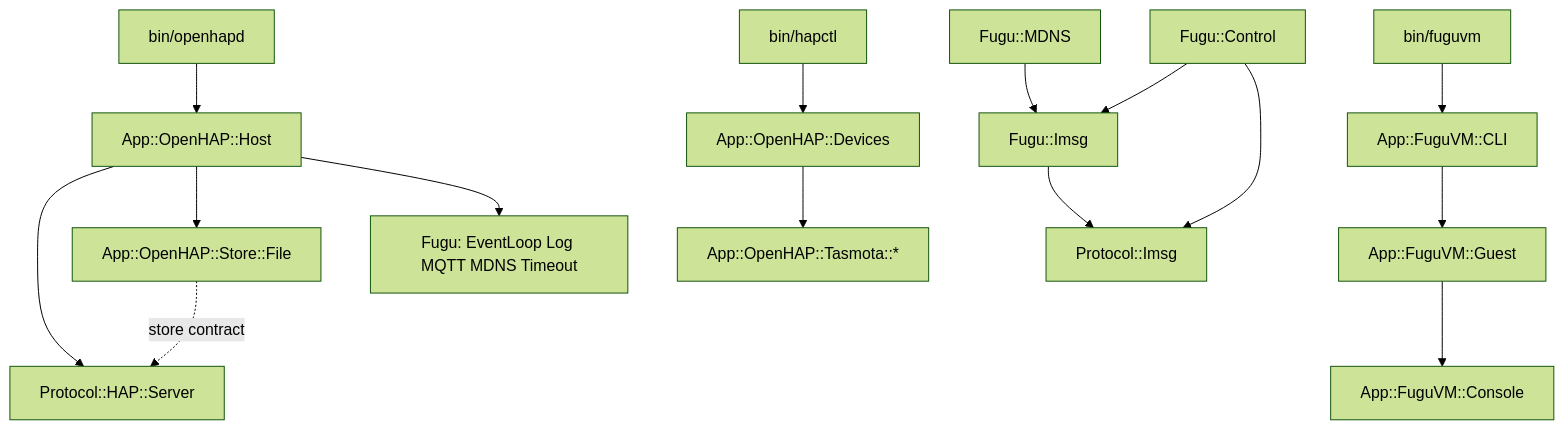
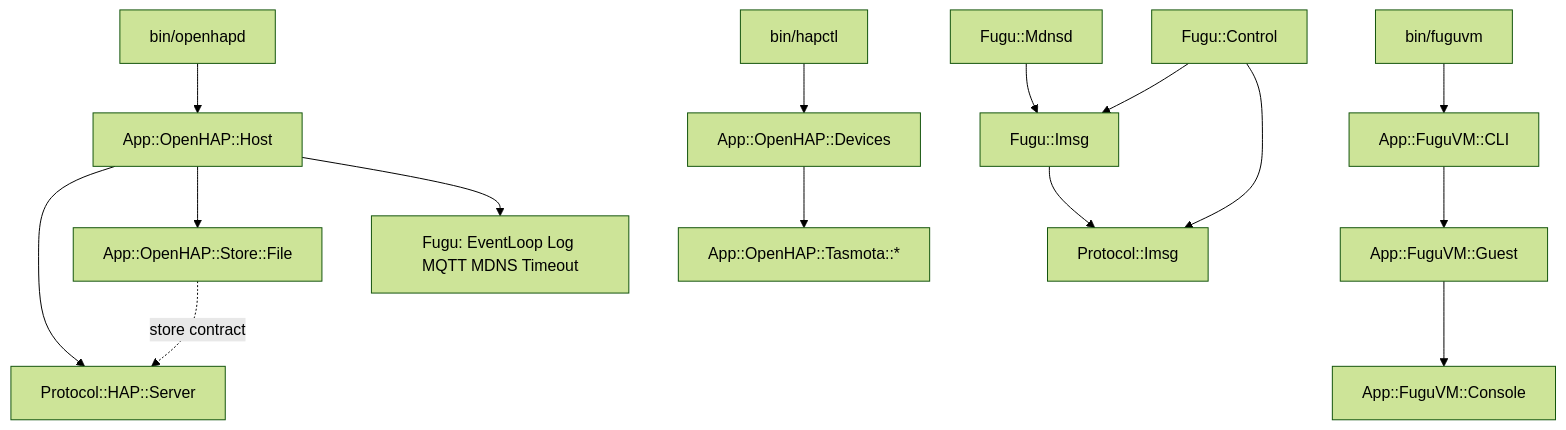
One commit to dickolsson/OpenHAP changed the diagram in plans/008-cpan-namespaces/design.md. Above: the diagram before and after it, drawn with Mermaid (forest theme). The commit also changed other lines of this file and 3 other files, not shown here.

````diff
--- a/plans/008-cpan-namespaces/design.md
+++ b/plans/008-cpan-namespaces/design.md
@@ -185,14 +213,14 @@
 ```mermaid
 graph TD
     openhapd[bin/openhapd] --> H[App::OpenHAP::Host]
     hapctl[bin/hapctl] --> D[App::OpenHAP::Devices]
     fuguvm[bin/fuguvm] --> VC[App::FuguVM::CLI] --> G[App::FuguVM::Guest]
     G --> I[App::FuguVM::Console]
     H --> PS[Protocol::HAP::Server]
     H --> SF[App::OpenHAP::Store::File] -. store contract .-> PS
     H --> FH[Fugu: EventLoop Log MQTT MDNS Timeout]
     D --> TAS[App::OpenHAP::Tasmota::*]
-    FM[Fugu::MDNS] --> FI[Fugu::Imsg] --> PI[Protocol::Imsg]
+    FM[Fugu::Mdnsd] --> FI[Fugu::Imsg] --> PI[Protocol::Imsg]
     FC[Fugu::Control] --> FI
     FC --> PI
 ```
````
